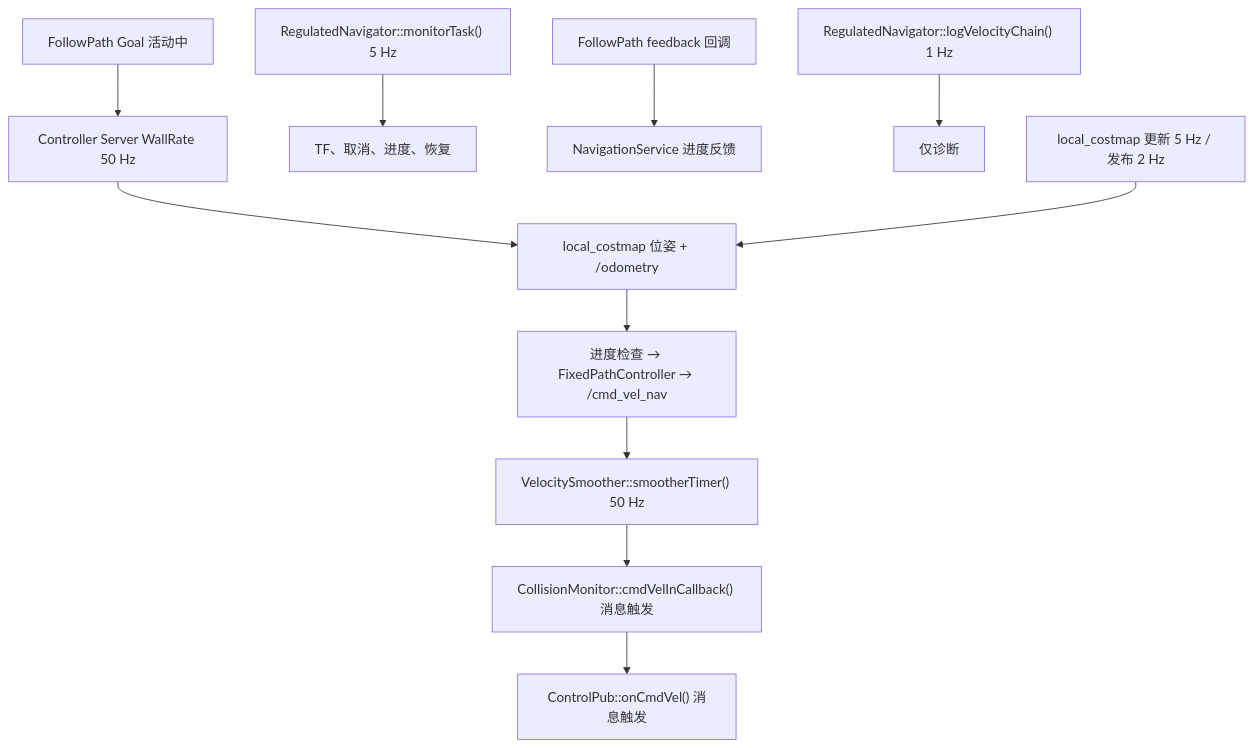
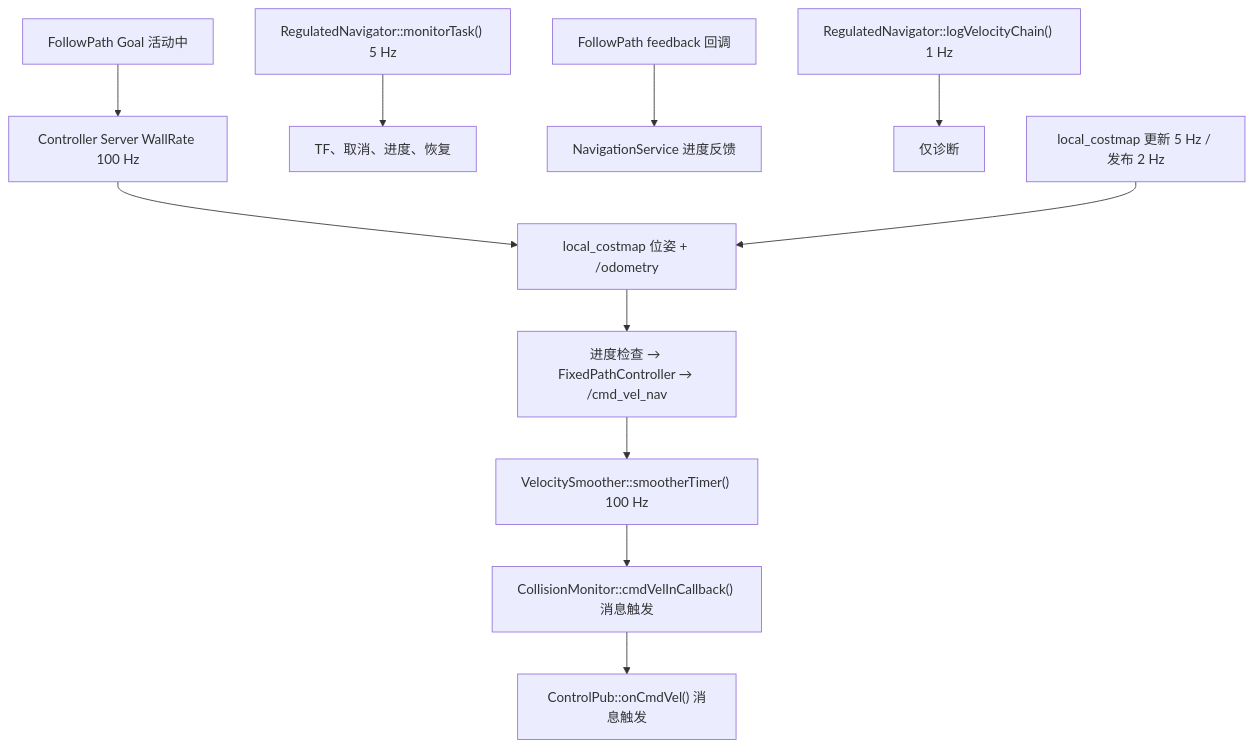
Before and after one commit to sniperfqh/mynavigation2: the fourth of 4 diagrams in nav2_regulated_modules/doc/fixed_path_architecture.md, drawn with Mermaid. The commit also changed other lines of this file and 1 other file, not shown here.

````diff
--- a/nav2_regulated_modules/doc/fixed_path_architecture.md
+++ b/nav2_regulated_modules/doc/fixed_path_architecture.md
@@ -152,13 +159,13 @@
 ```mermaid
 flowchart TD
-  f["FollowPath Goal 活动中"] --> loop["Controller Server WallRate 50 Hz"]
+  f["FollowPath Goal 活动中"] --> loop["Controller Server WallRate 100 Hz"]
   loop --> pose["local_costmap 位姿 + /odometry"]
   pose --> cmd["进度检查 → FixedPathController → /cmd_vel_nav"]
-  cmd --> vs["VelocitySmoother::smootherTimer() 50 Hz"]
+  cmd --> vs["VelocitySmoother::smootherTimer() 100 Hz"]
   vs --> cm["CollisionMonitor::cmdVelInCallback() 消息触发"]
   cm --> cp["ControlPub::onCmdVel() 消息触发"]
   mon["RegulatedNavigator::monitorTask() 5 Hz"] --> tf["TF、取消、进度、恢复"]
   fb["FollowPath feedback 回调"] --> service["NavigationService 进度反馈"]
   diag["RegulatedNavigator::logVelocityChain() 1 Hz"] --> logs["仅诊断"]
   cost["local_costmap 更新 5 Hz / 发布 2 Hz"] --> pose
 ```
````
